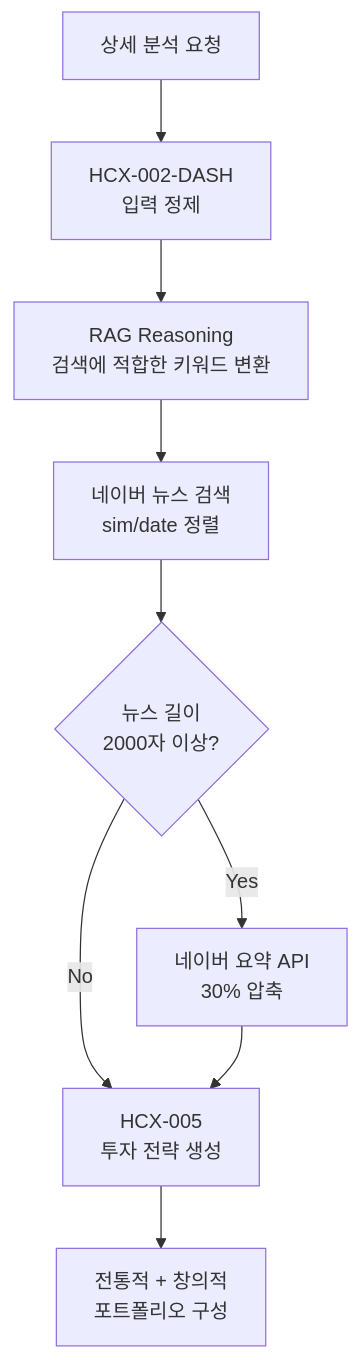
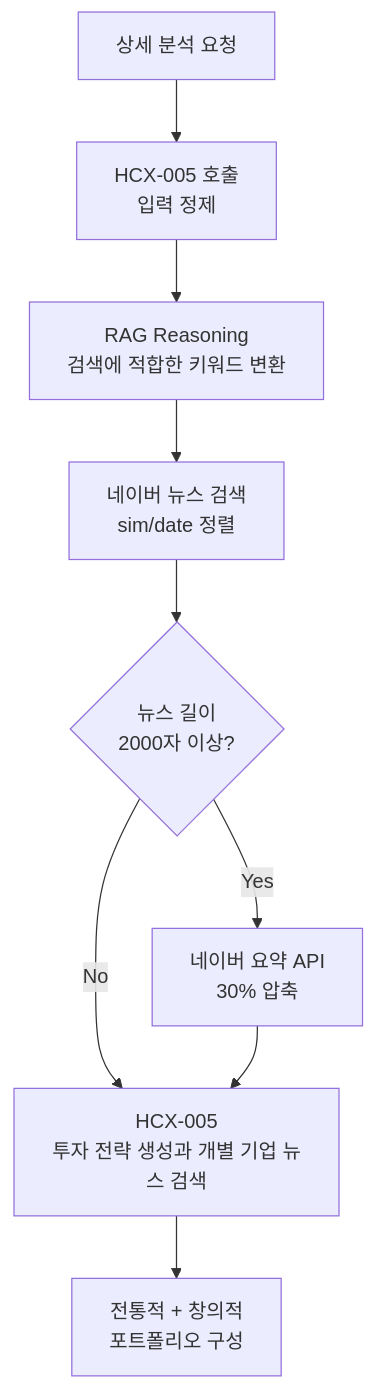
The second of 4 diagrams in README.md (Plokies-2/AIfestival), drawn with Mermaid before and after one commit. The commit also changed 3 other files, not shown here.

````diff
--- a/README.md
+++ b/README.md
@@ -158,11 +158,11 @@
 ```mermaid
 graph TD
-    A[상세 분석 요청] --> B[HCX-002-DASH<br/>입력 정제]
+    A[상세 분석 요청] --> B[HCX-005 호출<br/>입력 정제]
     B --> C[RAG Reasoning<br/>검색에 적합한 키워드 변환]
     C --> D[네이버 뉴스 검색<br/>sim/date 정렬]
     D --> E{뉴스 길이<br/>2000자 이상?}
     E -->|Yes| F[네이버 요약 API<br/>30% 압축]
-    E -->|No| G[HCX-005<br/>투자 전략 생성]
+    E -->|No| G[HCX-005<br/>투자 전략 생성과 개별 기업 뉴스 검색]
     F --> G
     G --> H[전통적 + 창의적<br/>포트폴리오 구성]
 ```
````
